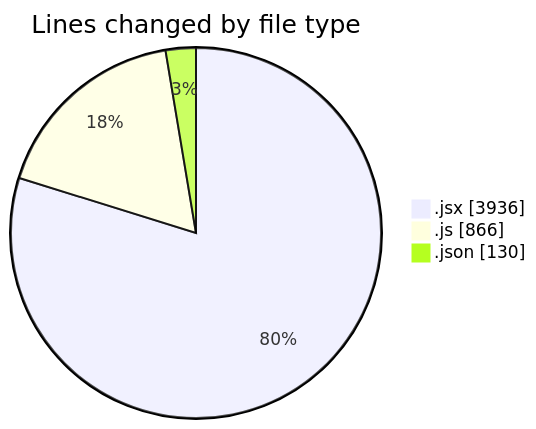
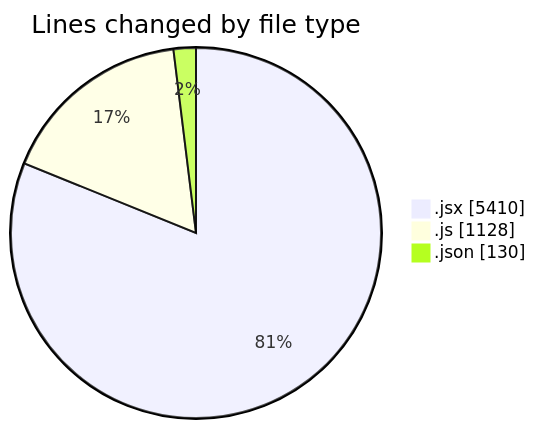
One commit to nxtqubesakshisongat/code-tracking changed the first of 2 diagrams in 2025-08-06/nxtqube_webapp/README.md. Above: the diagram before and after it, drawn with Mermaid. The commit also changed other lines of this file and 1 other file, not shown here.

````diff
--- a/2025-08-06/nxtqube_webapp/README.md
+++ b/2025-08-06/nxtqube_webapp/README.md
@@ -29,7 +29,7 @@
 ```mermaid
 pie showData
 title Lines changed by file type
-".jsx" : 3936
-".js" : 866
+".jsx" : 5410
+".js" : 1128
 ".json" : 130
 ```
````
